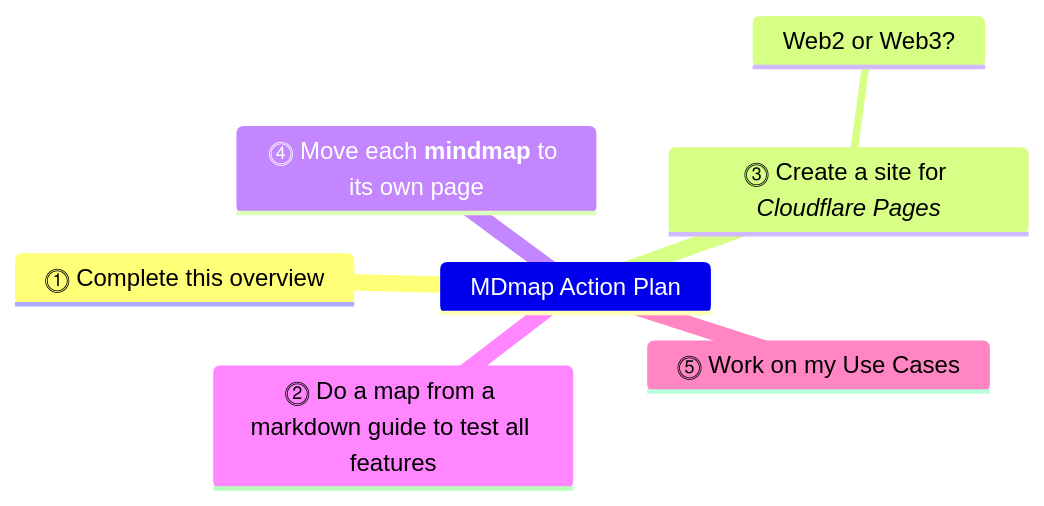
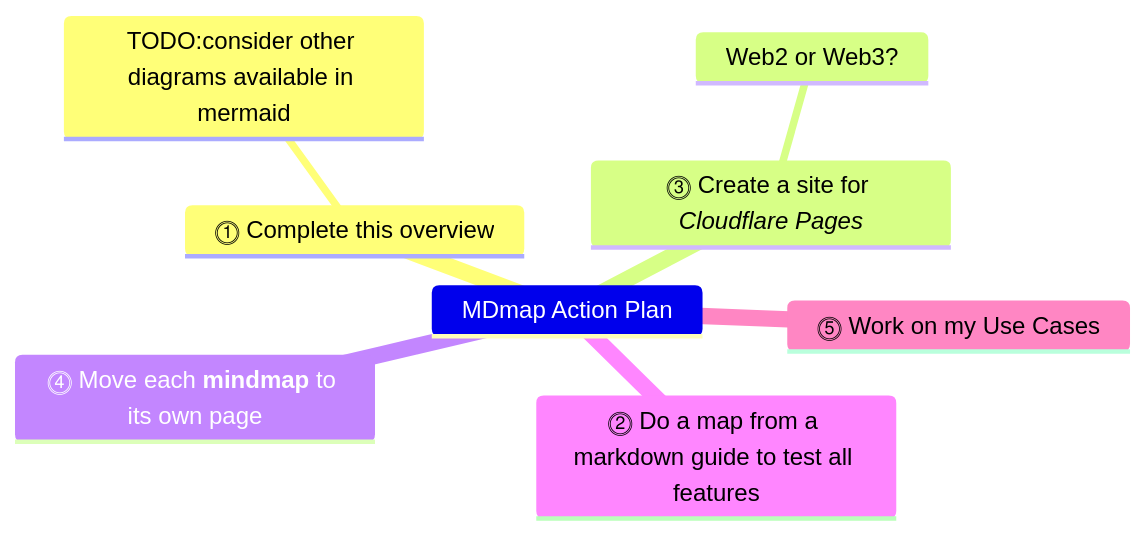
Before and after one commit to kct2020/mddiag: the fifth of 6 diagrams in README.md, drawn with Mermaid. The commit also changed other lines of this file, not shown here.

Commit message:
Icon and other diagrams

````diff
--- a/README.md
+++ b/README.md
@@ -90,10 +101,11 @@
 ```mermaid
 mindmap
 MDmap Action Plan
   ⓵ Complete this overview
+    TODO:consider other diagrams available in mermaid
   ⓷ Create a site for *Cloudflare Pages*
     Web2 or Web3?
   ⓸ Move each **mindmap** to its own page
   ⓶ Do a map from a markdown guide to test all features
   ⓹ Work on my Use Cases
 ```
````
